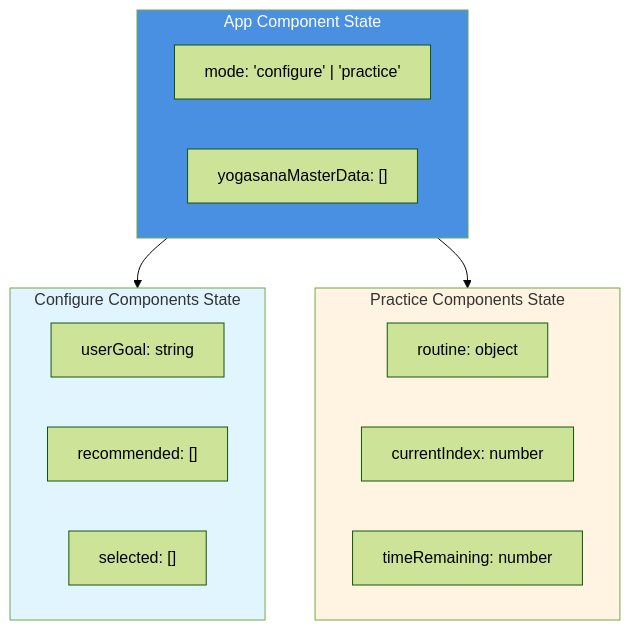
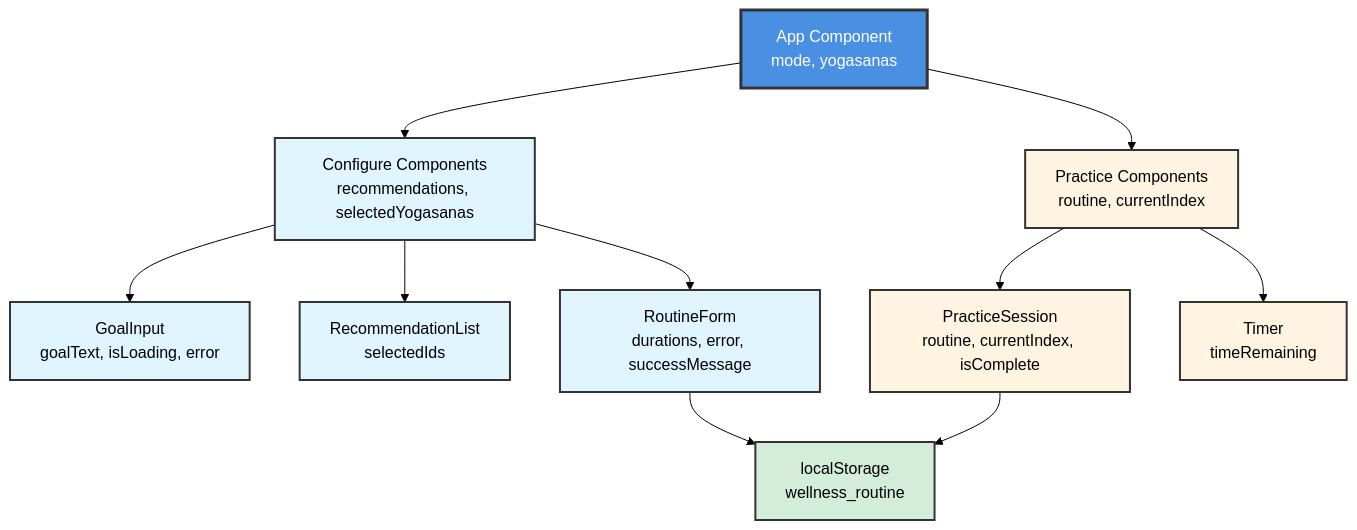
Before and after one commit to Roopesht/codeexamples: the sixth of 8 diagrams in projects/wellness_guide/architecture.md, drawn with Mermaid (forest theme). The commit also changed other lines of this file, not shown here.

````diff
--- a/projects/wellness_guide/architecture.md
+++ b/projects/wellness_guide/architecture.md
@@ -161,26 +160,27 @@
 ```mermaid
 graph TD
-    subgraph AppState[App Component State]
-        mode["mode: 'configure' | 'practice'"]
-        masterData["yogasanaMasterData: []"]
-    end
+    AppState["App Component<br/>mode, yogasanas"]
     
-    subgraph ConfigureState[Configure Components State]
-        userGoal["userGoal: string"]
-        recommended["recommended: []"]
-        selected["selected: []"]
-    end
+    AppState --> ConfigState["Configure Components<br/>recommendations, selectedYogasanas"]
+    AppState --> PracticeState["Practice Components<br/>routine, currentIndex"]
     
-    subgraph PracticeState[Practice Components State]
-        routine["routine: object"]
-        currentIndex["currentIndex: number"]
-        timeRemaining["timeRemaining: number"]
-    end
+    ConfigState --> GoalState["GoalInput<br/>goalText, isLoading, error"]
+    ConfigState --> RecState["RecommendationList<br/>selectedIds"]
+    ConfigState --> FormState["RoutineForm<br/>durations, error, successMessage"]
     
-    AppState --> ConfigureState
-    AppState --> PracticeState
+    PracticeState --> SessionState["PracticeSession<br/>routine, currentIndex, isComplete"]
+    PracticeState --> TimerState["Timer<br/>timeRemaining"]
     
-    style AppState fill:#4a90e2,color:#fff
-    style ConfigureState fill:#e1f5ff
-    style PracticeState fill:#fff4e1
+    FormState --> LS["localStorage<br/>wellness_routine"]
+    SessionState --> LS
+    
+    classDef appStyle fill:#4a90e2,color:#fff,stroke:#333,stroke-width:3px
+    classDef flowStyle fill:#e1f5ff,stroke:#333,stroke-width:2px
+    classDef compStyle fill:#fff4e1,stroke:#333,stroke-width:2px
+    classDef storageStyle fill:#d4edda,stroke:#333,stroke-width:2px
+    
+    class AppState appStyle
+    class ConfigState,GoalState,RecState,FormState flowStyle
+    class PracticeState,SessionState,TimerState compStyle
+    class LS storageStyle
 ```
````
